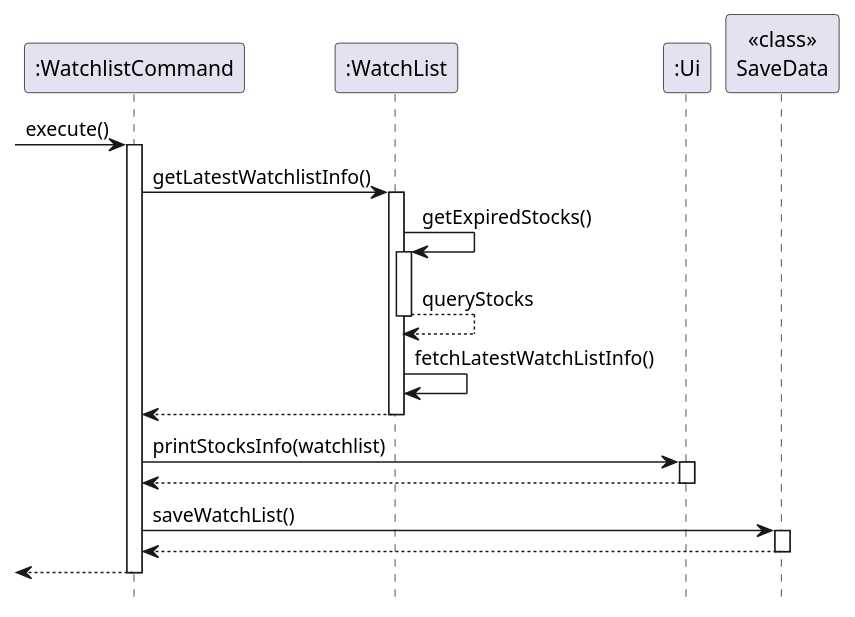
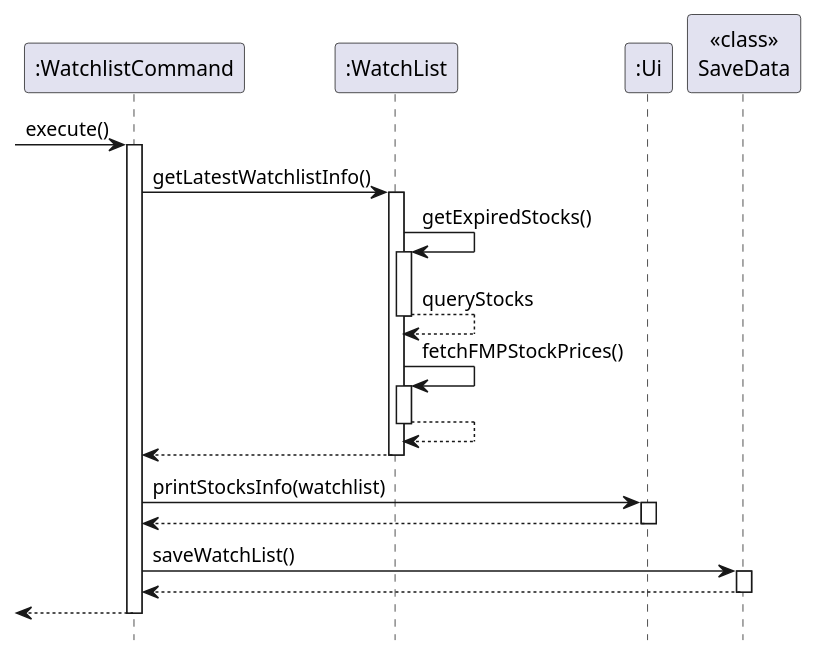
Before and after one commit to nus-cs2113-AY2324S1/tp: the diagram in docs/diagrams/investments/watchlistSequence.puml, drawn with PlantUML. The commit also changed 3 other files, not shown here.

```diff
--- a/docs/diagrams/investments/watchlistSequence.puml
+++ b/docs/diagrams/investments/watchlistSequence.puml
@@ -1,27 +1,29 @@
 @startuml
 
 participant ":WatchlistCommand" as WatchListCommand
 participant ":WatchList" as WatchList
 participant ":Ui" as Ui
 participant "<<class>>\nSaveData" as SaveData
 
 -> WatchListCommand: execute()
 activate WatchListCommand
     WatchListCommand -> WatchList: getLatestWatchlistInfo()
     activate WatchList
         WatchList -> WatchList : getExpiredStocks()
         activate WatchList
         return queryStocks
-        WatchList -> WatchList : fetchLatestWatchListInfo()
+        WatchList -> WatchList : fetchFMPStockPrices()
+        activate WatchList
+        return
     return
     WatchListCommand -> Ui: printStocksInfo(watchlist)
     activate Ui
     return
     WatchListCommand -> SaveData: saveWatchList()
     activate SaveData
     return
 
 return
 
 hide footbox
 @enduml
```
